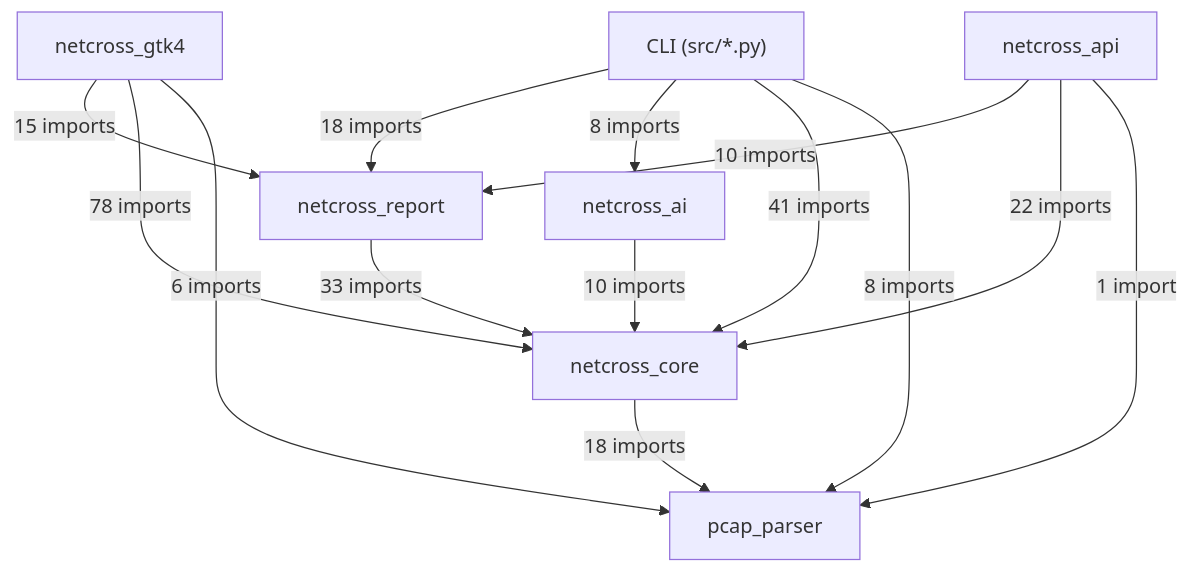
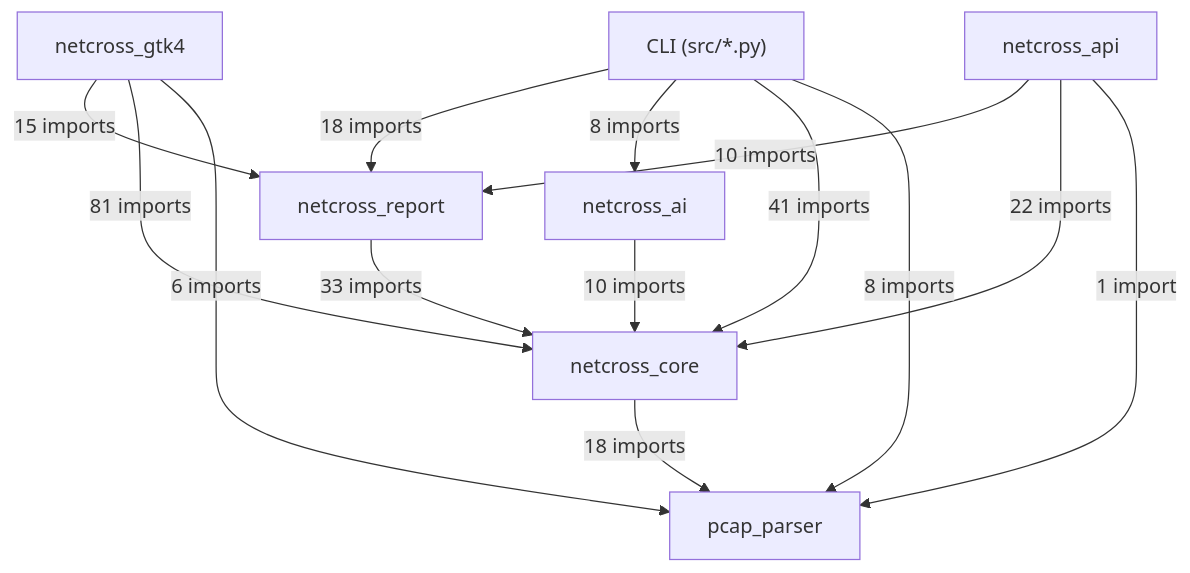
One commit to Mathide-Team/Netcross changed the first of 19 diagrams in docs/class-diagram.md. Above: the diagram before and after it, drawn with Mermaid. The commit also changed other lines of this file and 6 other files, not shown here.

````diff
--- a/docs/class-diagram.md
+++ b/docs/class-diagram.md
@@ -26,23 +26,23 @@
 ```mermaid
 flowchart TD
     CLI["CLI (src/*.py)"]
     netcross_gtk4["netcross_gtk4"]
     netcross_api["netcross_api"]
     netcross_report["netcross_report"]
     netcross_ai["netcross_ai"]
     netcross_core["netcross_core"]
     pcap_parser["pcap_parser"]
     CLI -->|"18 imports"| netcross_report
     CLI -->|"8 imports"| netcross_ai
     CLI -->|"41 imports"| netcross_core
     CLI -->|"8 imports"| pcap_parser
     netcross_gtk4 -->|"15 imports"| netcross_report
-    netcross_gtk4 -->|"78 imports"| netcross_core
+    netcross_gtk4 -->|"81 imports"| netcross_core
     netcross_gtk4 -->|"6 imports"| pcap_parser
     netcross_api -->|"10 imports"| netcross_report
     netcross_api -->|"22 imports"| netcross_core
     netcross_api -->|"1 import"| pcap_parser
     netcross_report -->|"33 imports"| netcross_core
     netcross_ai -->|"10 imports"| netcross_core
     netcross_core -->|"18 imports"| pcap_parser
 ```
````
